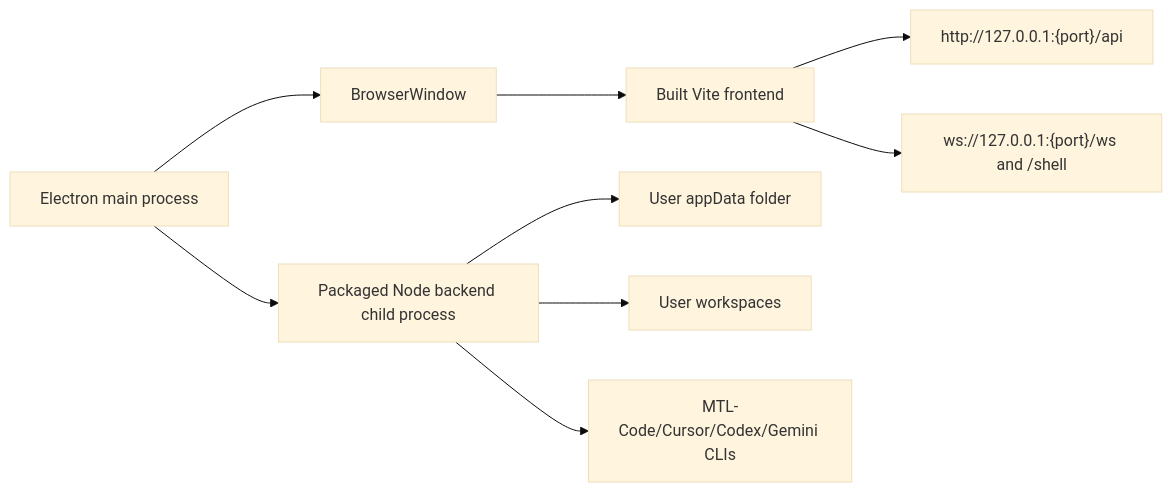
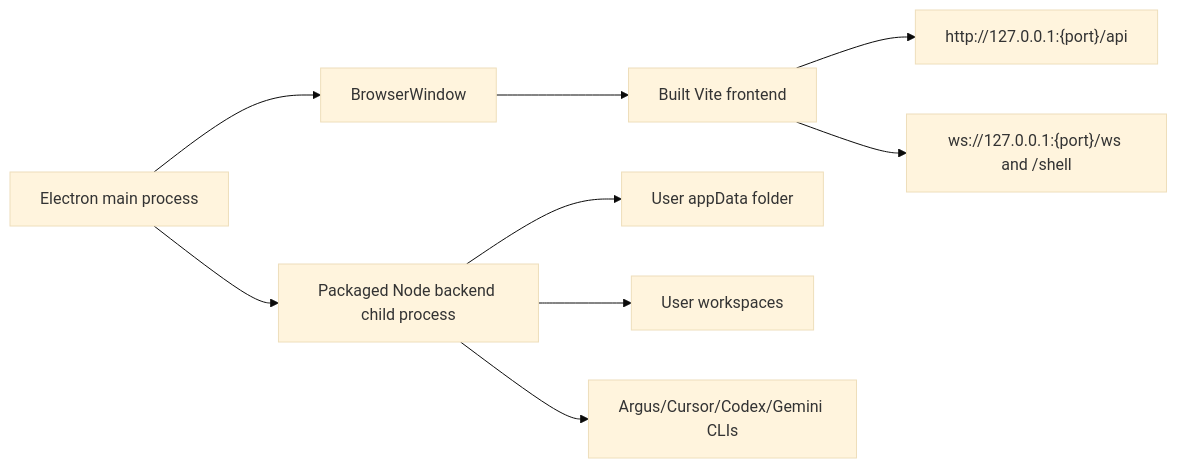
Before and after one commit to wyy-debug/AIINWORK: the diagram in claudecodeui/docs/knowledge/desktop-packaging-plan.md, drawn with Mermaid (base theme). The commit also changed other lines of this file and 201 other files, not shown here.

````diff
--- a/claudecodeui/docs/knowledge/desktop-packaging-plan.md
+++ b/claudecodeui/docs/knowledge/desktop-packaging-plan.md
@@ -11,11 +11,11 @@
 ```mermaid
 flowchart LR
   Electron["Electron main process"] --> Backend["Packaged Node backend child process"]
   Electron --> Window["BrowserWindow"]
   Window --> Frontend["Built Vite frontend"]
   Frontend --> Api["http://127.0.0.1:{port}/api"]
   Frontend --> Ws["ws://127.0.0.1:{port}/ws and /shell"]
   Backend --> AppData["User appData folder"]
   Backend --> Workspace["User workspaces"]
-  Backend --> Providers["MTL-Code/Cursor/Codex/Gemini CLIs"]
+  Backend --> Providers["Argus/Cursor/Codex/Gemini CLIs"]
 ```
````
